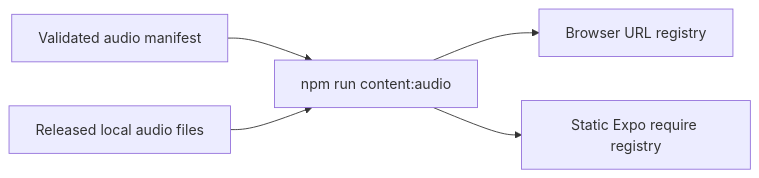
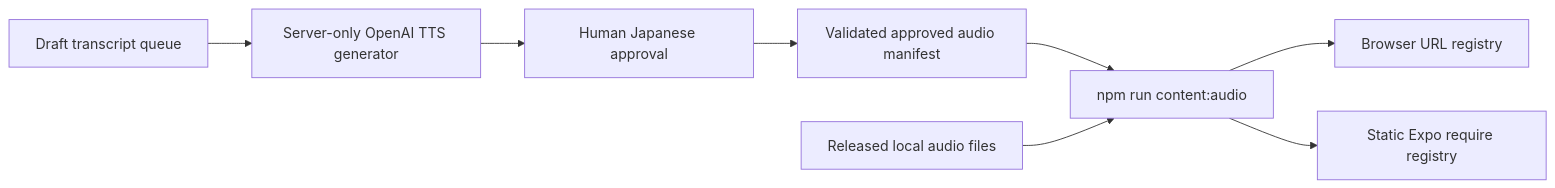
One commit to dano-gutierrez/codematica changed the second of 2 diagrams in docs/features/japanese-language-learning.md. Above: the diagram before and after it, drawn with Mermaid. The commit also changed other lines of this file and 104 other files, not shown here.

````diff
--- a/docs/features/japanese-language-learning.md
+++ b/docs/features/japanese-language-learning.md
@@ -123,7 +136,10 @@
 ```mermaid
 flowchart LR
-  Manifest["Validated audio manifest"] --> Prep["npm run content:audio"]
+  Queue["Draft transcript queue"] --> TTS["Server-only OpenAI TTS generator"]
+  TTS --> Approval["Human Japanese approval"]
+  Approval --> Manifest["Validated approved audio manifest"]
+  Manifest --> Prep["npm run content:audio"]
   Files["Released local audio files"] --> Prep
   Prep --> WebRegistry["Browser URL registry"]
   Prep --> ExpoRegistry["Static Expo require registry"]
 ```
````
